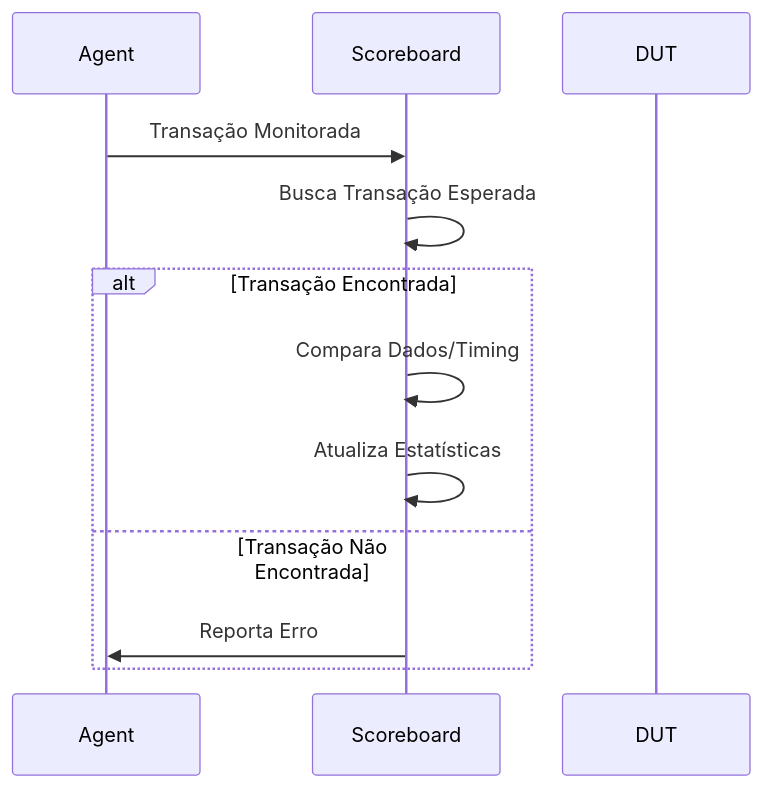
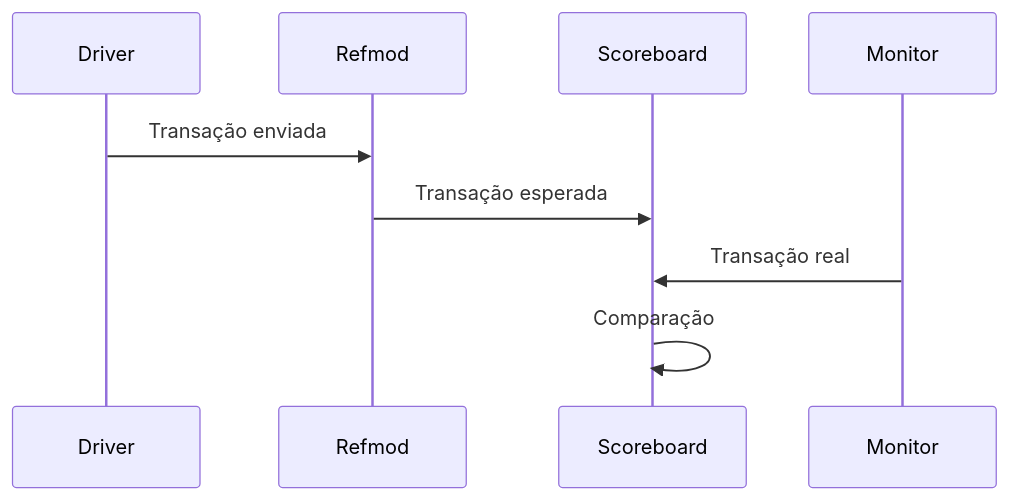
One commit to matandalmeida/BASIC_UVM_SPI changed the first of 2 diagrams in src/tb/scoreboard/README_SCB.md. Above: the diagram before and after it, drawn with Mermaid. The commit also changed other lines of this file, not shown here.

````diff
--- a/src/tb/scoreboard/README_SCB.md
+++ b/src/tb/scoreboard/README_SCB.md
@@ -15,15 +15,12 @@
 ```mermaid
 sequenceDiagram
-    participant Agent
-    participant Scoreboard
-    participant DUT
+    participant D as Driver
+    participant R as Refmod
+    participant S as Scoreboard
+    participant M as Monitor
     
-    Agent->>Scoreboard: Transação Monitorada
-    Scoreboard->>Scoreboard: Busca Transação Esperada
-    alt Transação Encontrada
-        Scoreboard->>Scoreboard: Compara Dados/Timing
-        Scoreboard->>Scoreboard: Atualiza Estatísticas
-    else Transação Não Encontrada
-        Scoreboard->>Agent: Reporta Erro
-    end
+    D->>R: Transação enviada
+    R->>S: Transação esperada
+    M->>S: Transação real
+    S->>S: Comparação
 ```
````
